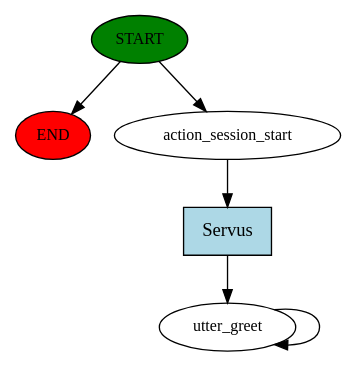
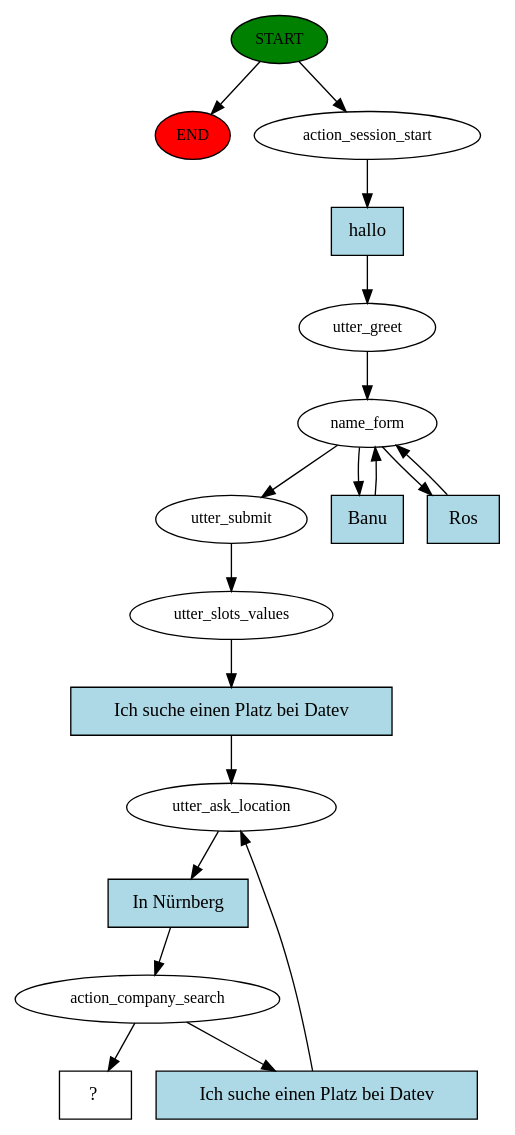
One commit to MyNameIsManu/ChatBot_Bachelor21 changed the diagram in story_graph.dot. Above: the diagram before and after it, drawn with Graphviz. The commit also changed 18 other files, not shown here.

Commit message:
add getName slot/form/rule function

```diff
--- a/story_graph.dot
+++ b/story_graph.dot
@@ -1,12 +1,36 @@
 digraph  {
 0 [class="start active", fillcolor=green, fontsize=12, label=START, style=filled];
 "-1" [class=end, fillcolor=red, fontsize=12, label=END, style=filled];
 1 [class=active, fontsize=12, label=action_session_start];
-2 [class="active dashed", fontsize=12, label=utter_greet];
-4 [class="intent active", fillcolor=lightblue, label=Servus, shape=rect, style=filled];
+2 [class=active, fontsize=12, label=utter_greet];
+3 [class=active, fontsize=12, label=name_form];
+6 [class=active, fontsize=12, label=utter_submit];
+7 [class=active, fontsize=12, label=utter_slots_values];
+8 [class=active, fontsize=12, label=utter_ask_location];
+9 [class=active, fontsize=12, label=action_company_search];
+12 [class="intent dashed active", label="  ?  ", shape=rect];
+13 [class="intent active", fillcolor=lightblue, label=hallo, shape=rect, style=filled];
+14 [class="intent active", fillcolor=lightblue, label=Banu, shape=rect, style=filled];
+15 [class="intent active", fillcolor=lightblue, label=Ros, shape=rect, style=filled];
+16 [class="intent active", fillcolor=lightblue, label="Ich suche einen Platz bei Datev", shape=rect, style=filled];
+17 [class="intent active", fillcolor=lightblue, label="In Nürnberg", shape=rect, style=filled];
+18 [class="intent active", fillcolor=lightblue, label="Ich suche einen Platz bei Datev", shape=rect, style=filled];
 0 -> "-1"  [class="", key=NONE, label=""];
 0 -> 1  [class=active, key=NONE, label=""];
-1 -> 4  [class=active, key=0];
-2 -> 2  [class=active, key=NONE, label=""];
-4 -> 2  [class=active, key=0];
+1 -> 13  [class=active, key=0];
+2 -> 3  [class=active, key=NONE, label=""];
+3 -> 6  [class=active, key=NONE, label=""];
+3 -> 14  [class=active, key=0];
+3 -> 15  [class=active, key=0];
+6 -> 7  [class=active, key=NONE, label=""];
+7 -> 16  [class=active, key=0];
+8 -> 17  [class=active, key=0];
+9 -> 12  [class=active, key=NONE, label=""];
+9 -> 18  [class=active, key=0];
+13 -> 2  [class=active, key=0];
+14 -> 3  [class=active, key=0];
+15 -> 3  [class=active, key=0];
+16 -> 8  [class=active, key=0];
+17 -> 9  [class=active, key=0];
+18 -> 8  [class=active, key=0];
 }
```
